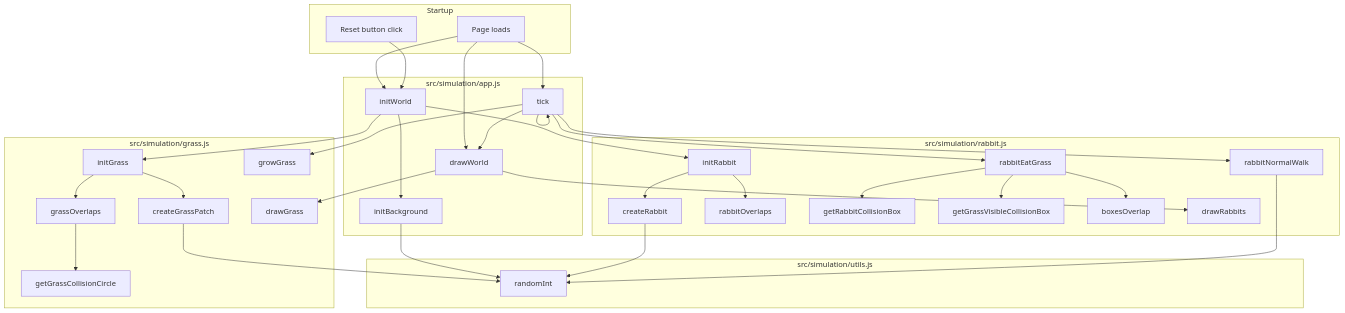
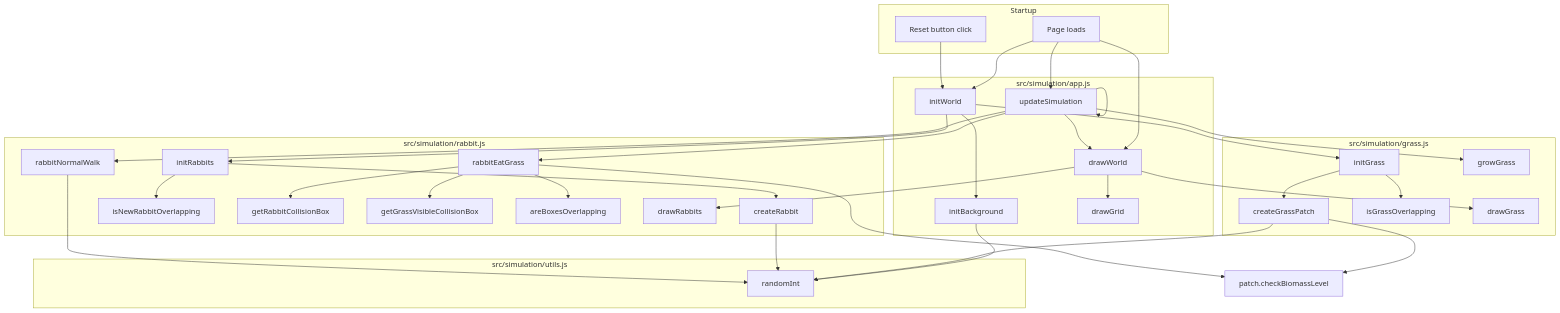
Before and after one commit to Nomiz1/school-project-ecosystem: the diagram in README.md, drawn with Mermaid. The commit also changed other lines of this file and 6 other files, not shown here.

Commit message:
Refactor simulation logic: rename functions for clarity, implement biomass checks in rabbit eating logic, and update related tests

````diff
--- a/README.md
+++ b/README.md
@@ -73,72 +73,74 @@
 ```mermaid
 flowchart TD
 	subgraph Startup
 		Start[Page loads]
 		Reset[Reset button click]
 	end
 
 	subgraph app_js[src/simulation/app.js]
 		initWorld[initWorld]
 		initBackground[initBackground]
+		drawGrid[drawGrid]
 		drawWorld[drawWorld]
-		tick[tick]
+		updateSimulation[updateSimulation]
 	end
 
 	subgraph grass_js[src/simulation/grass.js]
 		initGrass[initGrass]
 		createGrassPatch[createGrassPatch]
-		grassOverlaps[grassOverlaps]
-		getGrassCollisionCircle[getGrassCollisionCircle]
+		isGrassOverlapping[isGrassOverlapping]
 		growGrass[growGrass]
 		drawGrass[drawGrass]
 	end
 
 	subgraph rabbit_js[src/simulation/rabbit.js]
-		initRabbit[initRabbit]
+		initRabbits[initRabbits]
 		createRabbit[createRabbit]
-		rabbitOverlaps[rabbitOverlaps]
+		isNewRabbitOverlapping[isNewRabbitOverlapping]
 		rabbitNormalWalk[rabbitNormalWalk]
 		rabbitEatGrass[rabbitEatGrass]
 		getRabbitCollisionBox[getRabbitCollisionBox]
 		getGrassVisibleCollisionBox[getGrassVisibleCollisionBox]
-		boxesOverlap[boxesOverlap]
+		areBoxesOverlapping[areBoxesOverlapping]
 		drawRabbits[drawRabbits]
 	end
 
 	subgraph utils_js[src/simulation/utils.js]
 		randomInt[randomInt]
 	end
 
 	Start --> initWorld
 	Start --> drawWorld
-	Start --> tick
+	Start --> updateSimulation
 	Reset --> initWorld
 
 	initWorld --> initGrass
 	initWorld --> initBackground
-	initWorld --> initRabbit
+	initWorld --> initRabbits
 
 	initBackground --> randomInt
 
+	drawWorld --> drawGrid
 	drawWorld --> drawGrass
 	drawWorld --> drawRabbits
 
-	tick --> rabbitNormalWalk
-	tick --> rabbitEatGrass
-	tick --> growGrass
-	tick --> drawWorld
-	tick --> tick
+	updateSimulation --> rabbitNormalWalk
+	updateSimulation --> rabbitEatGrass
+	updateSimulation --> growGrass
+	updateSimulation --> drawWorld
+	updateSimulation --> updateSimulation
 
 	initGrass --> createGrassPatch
-	initGrass --> grassOverlaps
+	initGrass --> isGrassOverlapping
 	createGrassPatch --> randomInt
-	grassOverlaps --> getGrassCollisionCircle
+	createGrassPatch --> checkBiomassLevel[patch.checkBiomassLevel]
 
-	initRabbit --> createRabbit
-	initRabbit --> rabbitOverlaps
+	initRabbits --> createRabbit
+	initRabbits --> isNewRabbitOverlapping
 	createRabbit --> randomInt
 	rabbitNormalWalk --> randomInt
+	rabbitEatGrass --> checkBiomassLevel
 	rabbitEatGrass --> getRabbitCollisionBox
 	rabbitEatGrass --> getGrassVisibleCollisionBox
-	rabbitEatGrass --> boxesOverlap
+	rabbitEatGrass --> areBoxesOverlapping
 ```
````
